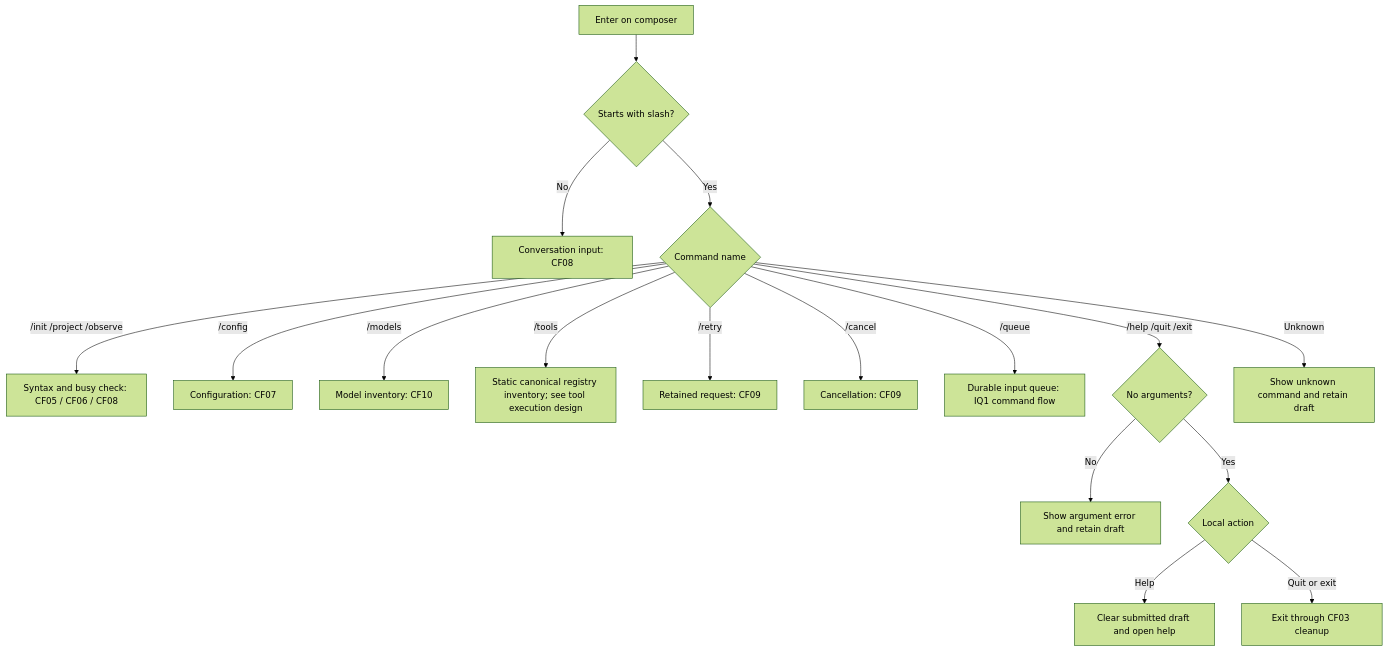
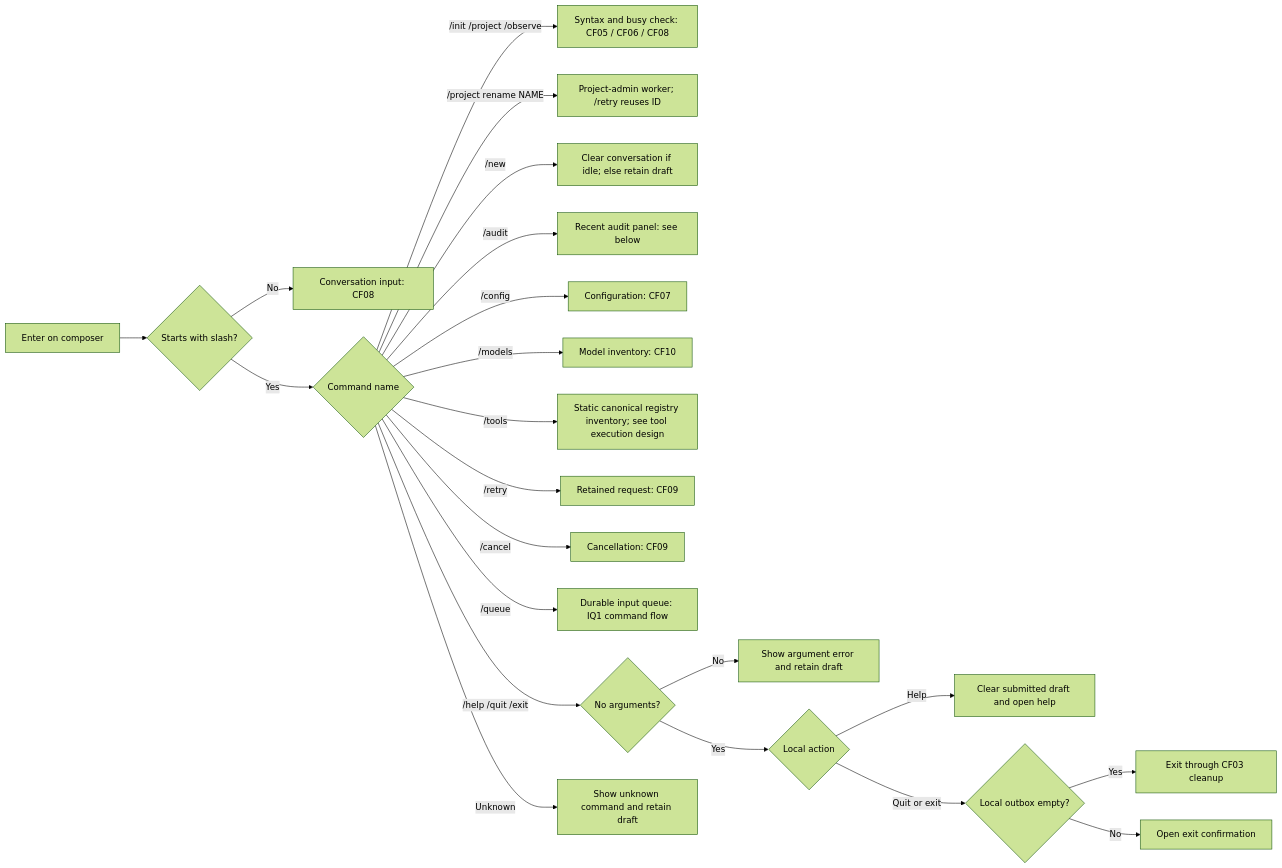
One commit to pidster/asura changed the fifth of 17 diagrams in docs/designs/command-flows.md. Above: the diagram before and after it, drawn with Mermaid (forest theme). The commit also changed other lines of this file and 29 other files, not shown here.

````diff
--- a/docs/designs/command-flows.md
+++ b/docs/designs/command-flows.md
@@ -143,19 +147,24 @@
 ```mermaid
-flowchart TD
+flowchart LR
     Enter["Enter on composer"] --> Slash{"Starts with slash?"}
     Slash -->|No| Chat["Conversation input: CF08"]
     Slash -->|Yes| Name{"Command name"}
     Name -->|"/init /project /observe"| Setup["Syntax and busy check: CF05 / CF06 / CF08"]
+    Name -->|"/project rename NAME"| Rename["Project-admin worker; /retry reuses ID"]
+    Name -->|/new| New["Clear conversation if idle; else retain draft"]
+    Name -->|/audit| Audit["Recent audit panel: see below"]
     Name -->|/config| Config["Configuration: CF07"]
     Name -->|/models| Models["Model inventory: CF10"]
     Name -->|/tools| Tools["Static canonical registry inventory; see tool execution design"]
     Name -->|/retry| Retry["Retained request: CF09"]
     Name -->|/cancel| Cancel["Cancellation: CF09"]
     Name -->|/queue| Queue["Durable input queue: IQ1 command flow"]
     Name -->|"/help /quit /exit"| Arity{"No arguments?"}
     Name -->|Unknown| Unknown["Show unknown command and retain draft"]
     Arity -->|No| Bad["Show argument error and retain draft"]
     Arity -->|Yes| Local{"Local action"}
     Local -->|Help| Help["Clear submitted draft and open help"]
-    Local -->|"Quit or exit"| Exit["Exit through CF03 cleanup"]
+    Local -->|"Quit or exit"| Outbox{"Local outbox empty?"}
+    Outbox -->|Yes| Exit["Exit through CF03 cleanup"]
+    Outbox -->|No| Confirm["Open exit confirmation"]
 ```
````
